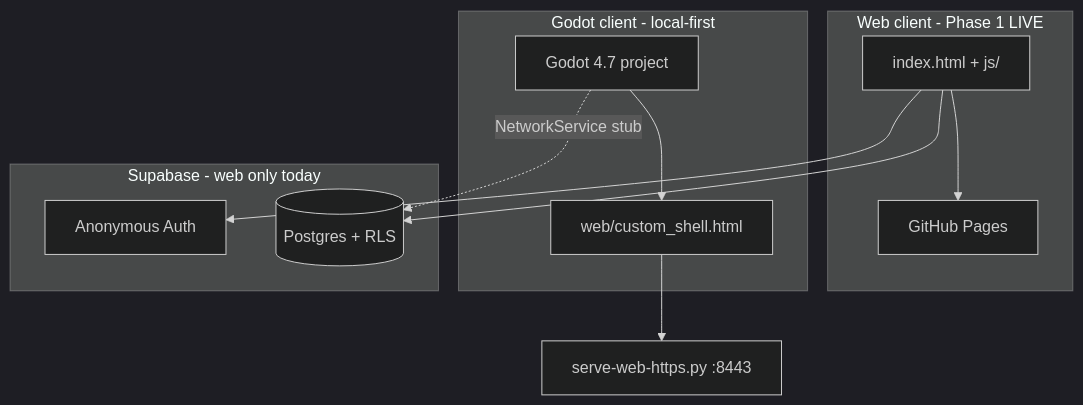
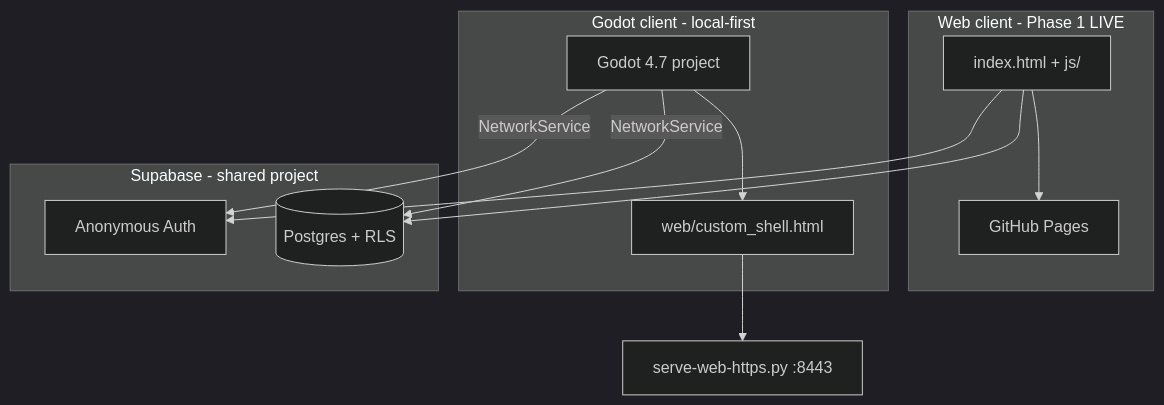
One commit to melqudsi/Creature changed the diagram in README.md. Above: the diagram before and after it, drawn with Mermaid (dark theme). The commit also changed other lines of this file and 18 other files, not shown here.

````diff
--- a/README.md
+++ b/README.md
@@ -14,24 +14,25 @@
 ```mermaid
 flowchart TB
   subgraph web [Web client - Phase 1 LIVE]
     HTML[index.html + js/]
     Pages[GitHub Pages]
   end
 
   subgraph godot [Godot client - local-first]
     Editor[Godot 4.7 project]
     Shell[web/custom_shell.html]
   end
 
-  subgraph backend [Supabase - web only today]
+  subgraph backend [Supabase - shared project]
     Auth[Anonymous Auth]
     PG[(Postgres + RLS)]
   end
 
   HTML --> Pages
   HTML --> Auth
   HTML --> PG
-  Editor -.->|NetworkService stub| PG
   Editor --> Shell
+  Editor -->|NetworkService| Auth
+  Editor -->|NetworkService| PG
   Shell --> HTTPS[serve-web-https.py :8443]
 ```
````
